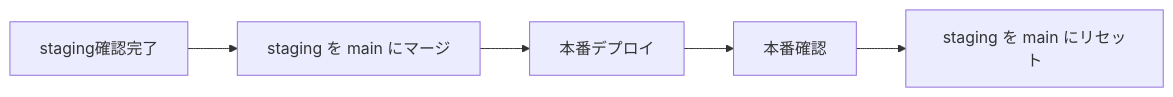
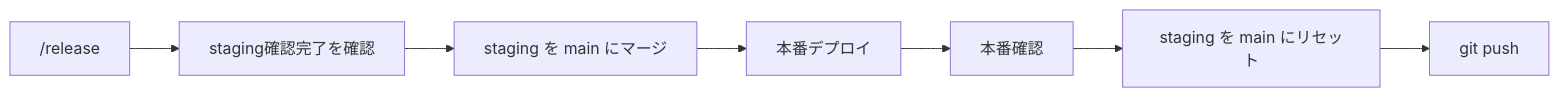
The eighth of 9 diagrams in 開発/検討中/2026-03-02_デプロイフローパターン定型化.md (nyan-tama/Ghostrunner), drawn with Mermaid before and after one commit. The commit also changed other lines of this file, not shown here.

````diff
--- a/開発/検討中/2026-03-02_デプロイフローパターン定型化.md
+++ b/開発/検討中/2026-03-02_デプロイフローパターン定型化.md
@@ -384,7 +299,9 @@
 ```mermaid
 flowchart LR
-    A["staging確認完了"] --> B["staging を main にマージ"]
-    B --> C["本番デプロイ"]
-    C --> D["本番確認"]
-    D --> E["staging を main にリセット"]
+    A["/release"] --> B["staging確認完了を確認"]
+    B --> C["staging を main にマージ"]
+    C --> D["本番デプロイ"]
+    D --> E["本番確認"]
+    E --> F["staging を main にリセット"]
+    F --> G["git push"]
 ```
````
